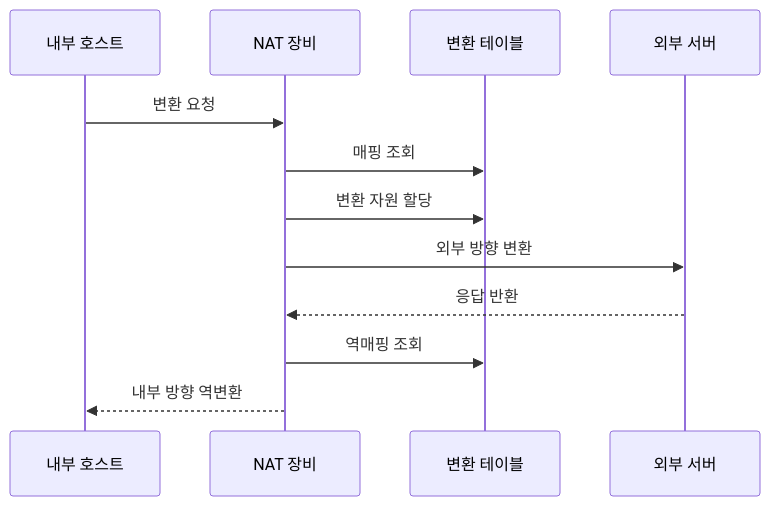
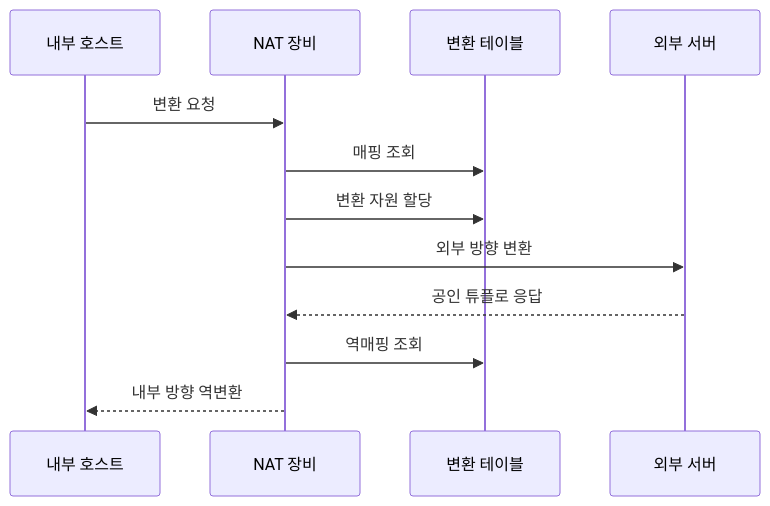
Before and after one commit to agnusdei1207/knowledge-base: the second of 2 diagrams in src/content/docs/notes/04-network/009_nat_pat_network_address_translation.md, drawn with Mermaid. The commit also changed other lines of this file and 3 other files, not shown here.

````diff
--- a/src/content/docs/notes/04-network/009_nat_pat_network_address_translation.md
+++ b/src/content/docs/notes/04-network/009_nat_pat_network_address_translation.md
@@ -79,14 +79,14 @@
 ```mermaid
 sequenceDiagram
     participant H as 내부 호스트
     participant N as NAT 장비
     participant T as 변환 테이블
     participant S as 외부 서버
     H->>N: 변환 요청
     N->>T: 매핑 조회
     N->>T: 변환 자원 할당
     N->>S: 외부 방향 변환
-    S-->>N: 응답 반환
+    S-->>N: 공인 튜플로 응답
     N->>T: 역매핑 조회
     N-->>H: 내부 방향 역변환
 ```
````
